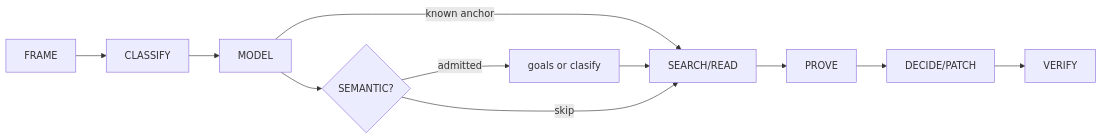
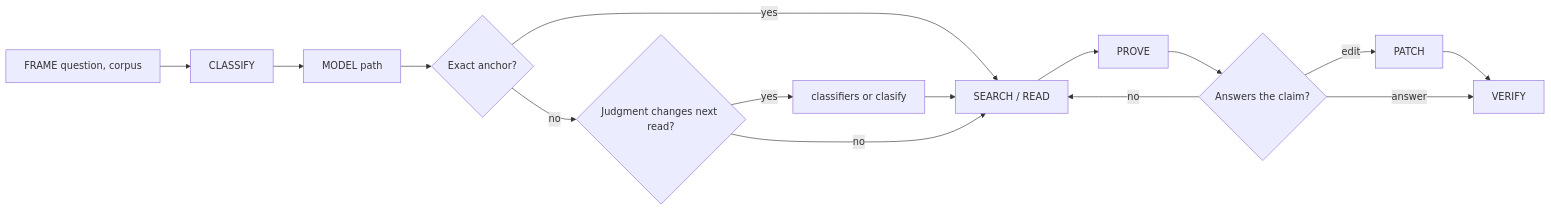
One commit to bgauryy/octocode-mcp changed the diagram in skills/octocode-research/SKILL.md. Above: the diagram before and after it, drawn with Mermaid. The commit also changed other lines of this file and 980 other files, not shown here.

````diff
--- a/skills/octocode-research/SKILL.md
+++ b/skills/octocode-research/SKILL.md
@@ -12,8 +10,12 @@
 ```mermaid
 flowchart LR
-  F[FRAME] --> C[CLASSIFY] --> M[MODEL] --> S{"SEMANTIC?"}
-  M -- "known anchor" --> R
-  S -- "admitted" --> Q[goals or clasify] --> R
-  S -- "skip" --> R["SEARCH/READ"]
-  R --> P[PROVE] --> D["DECIDE/PATCH"] --> V[VERIFY]
+  F[FRAME question, corpus] --> C[CLASSIFY] --> M[MODEL path] --> A{Exact anchor?}
+  A -- yes --> R[SEARCH / READ]
+  A -- no --> S{Judgment changes next read?}
+  S -- yes --> Q[classifiers or clasify] --> R
+  S -- no --> R
+  R --> P[PROVE] --> E{Answers the claim?}
+  E -- no --> R
+  E -- edit --> D[PATCH] --> V[VERIFY]
+  E -- answer --> V
 ```
````
